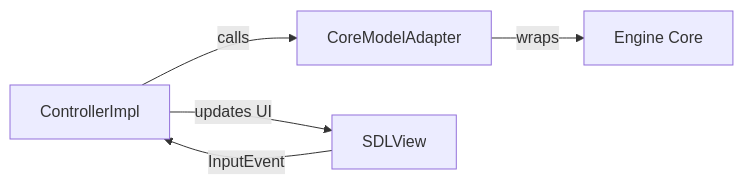
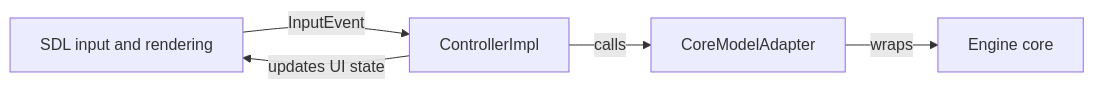
Before and after one commit to exo-shinigami/0714-02-CSE-2100: the diagram in README.md, drawn with Mermaid. The commit also changed other lines of this file, not shown here.

````diff
--- a/README.md
+++ b/README.md
@@ -132,12 +95,12 @@
 ```mermaid
 graph LR
+    SDL[SDL input and rendering]
+    CI[ControllerImpl]
     CMA[CoreModelAdapter]
-    EngineCore[Engine Core]
-    CI[ControllerImpl]
-    SV[SDLView]
+    CORE[Engine core]
 
-    SV -->|InputEvent| CI
+    SDL -->|InputEvent| CI
     CI -->|calls| CMA
-    CI -->|updates UI| SV
-    CMA -->|wraps| EngineCore
+    CMA -->|wraps| CORE
+    CI -->|updates UI state| SDL
 ```
````
